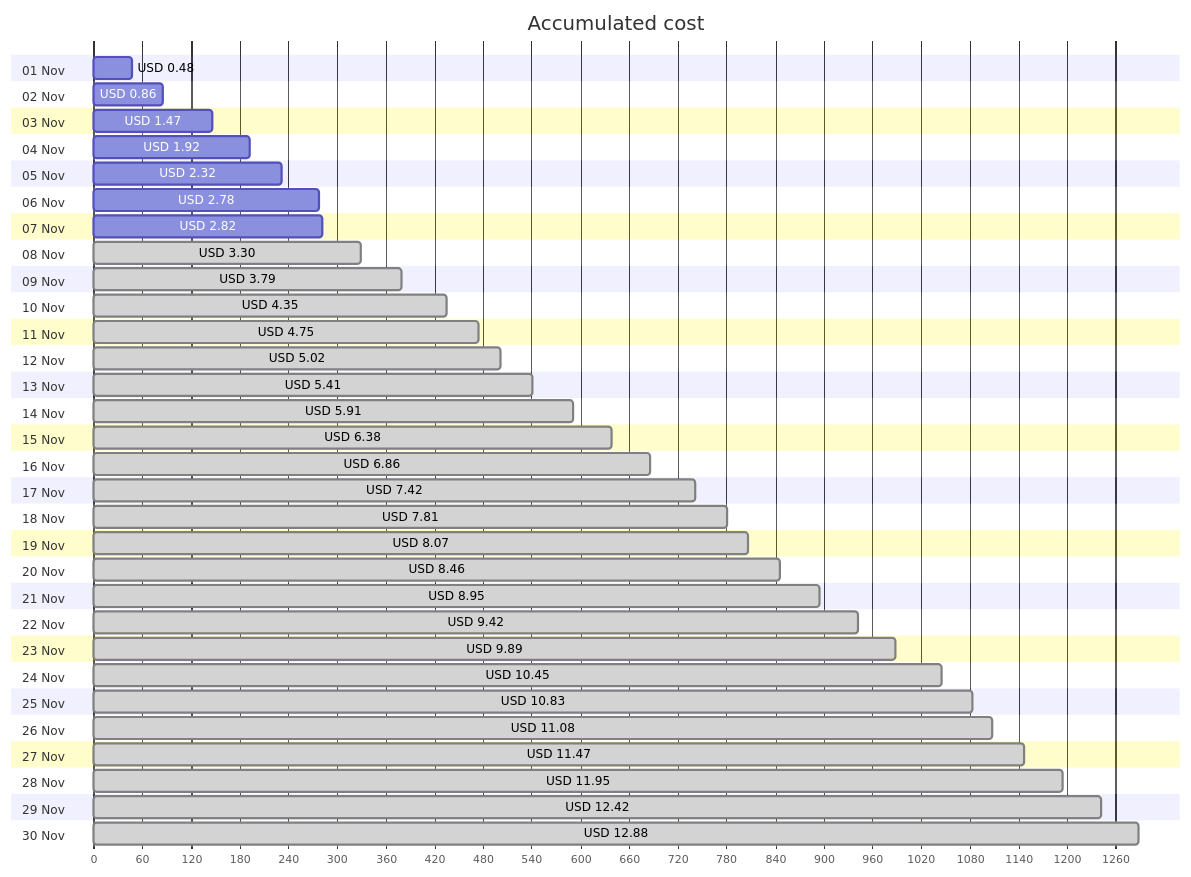
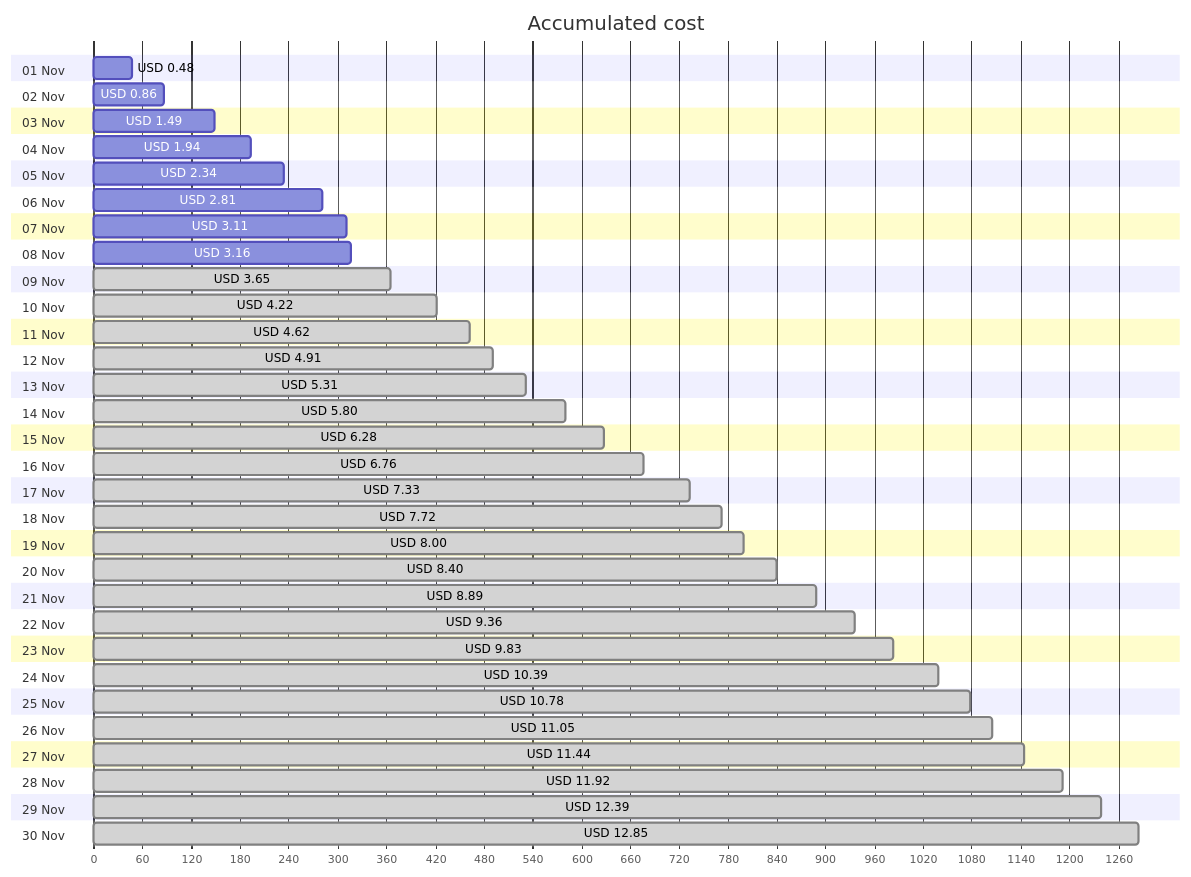
The first of 4 diagrams in cost-reports/personal-network/vpn-server.md (jpfulton/azure-personal-reports), drawn with Mermaid before and after one commit. The commit also changed other lines of this file and 8 other files, not shown here.

````diff
--- a/cost-reports/personal-network/vpn-server.md
+++ b/cost-reports/personal-network/vpn-server.md
@@ -20,66 +20,66 @@
 ```mermaid
 gantt
    title Accumulated cost
    dateFormat  X
    axisFormat %s
    section 01 Nov
    USD 0.48 :0, 48
    section 02 Nov
    USD 0.86 :0, 86
    section 03 Nov
-   USD 1.47 :0, 147
+   USD 1.49 :0, 149
    section 04 Nov
-   USD 1.92 :0, 192
+   USD 1.94 :0, 194
    section 05 Nov
-   USD 2.32 :0, 232
+   USD 2.34 :0, 234
    section 06 Nov
-   USD 2.78 :0, 278
+   USD 2.81 :0, 281
    section 07 Nov
-   USD 2.82 :0, 282
+   USD 3.11 :0, 311
    section 08 Nov
-   USD 3.30 : done, 0, 330
+   USD 3.16 :0, 316
    section 09 Nov
-   USD 3.79 : done, 0, 379
+   USD 3.65 : done, 0, 365
    section 10 Nov
-   USD 4.35 : done, 0, 435
+   USD 4.22 : done, 0, 422
    section 11 Nov
-   USD 4.75 : done, 0, 475
+   USD 4.62 : done, 0, 462
    section 12 Nov
-   USD 5.02 : done, 0, 502
+   USD 4.91 : done, 0, 491
    section 13 Nov
-   USD 5.41 : done, 0, 541
+   USD 5.31 : done, 0, 531
    section 14 Nov
-   USD 5.91 : done, 0, 591
+   USD 5.80 : done, 0, 580
    section 15 Nov
-   USD 6.38 : done, 0, 638
+   USD 6.28 : done, 0, 628
    section 16 Nov
-   USD 6.86 : done, 0, 686
+   USD 6.76 : done, 0, 676
    section 17 Nov
-   USD 7.42 : done, 0, 742
+   USD 7.33 : done, 0, 733
    section 18 Nov
-   USD 7.81 : done, 0, 781
+   USD 7.72 : done, 0, 772
    section 19 Nov
-   USD 8.07 : done, 0, 807
+   USD 8.00 : done, 0, 800
    section 20 Nov
-   USD 8.46 : done, 0, 846
+   USD 8.40 : done, 0, 840
    section 21 Nov
-   USD 8.95 : done, 0, 895
+   USD 8.89 : done, 0, 889
    section 22 Nov
-   USD 9.42 : done, 0, 942
+   USD 9.36 : done, 0, 936
    section 23 Nov
-   USD 9.89 : done, 0, 989
+   USD 9.83 : done, 0, 983
    section 24 Nov
-   USD 10.45 : done, 0, 1045
+   USD 10.39 : done, 0, 1039
    section 25 Nov
-   USD 10.83 : done, 0, 1083
+   USD 10.78 : done, 0, 1078
    section 26 Nov
-   USD 11.08 : done, 0, 1108
+   USD 11.05 : done, 0, 1105
    section 27 Nov
-   USD 11.47 : done, 0, 1147
+   USD 11.44 : done, 0, 1144
    section 28 Nov
-   USD 11.95 : done, 0, 1195
+   USD 11.92 : done, 0, 1192
    section 29 Nov
-   USD 12.42 : done, 0, 1242
+   USD 12.39 : done, 0, 1239
    section 30 Nov
-   USD 12.88 : done, 0, 1288
+   USD 12.85 : done, 0, 1285
 ```
````
